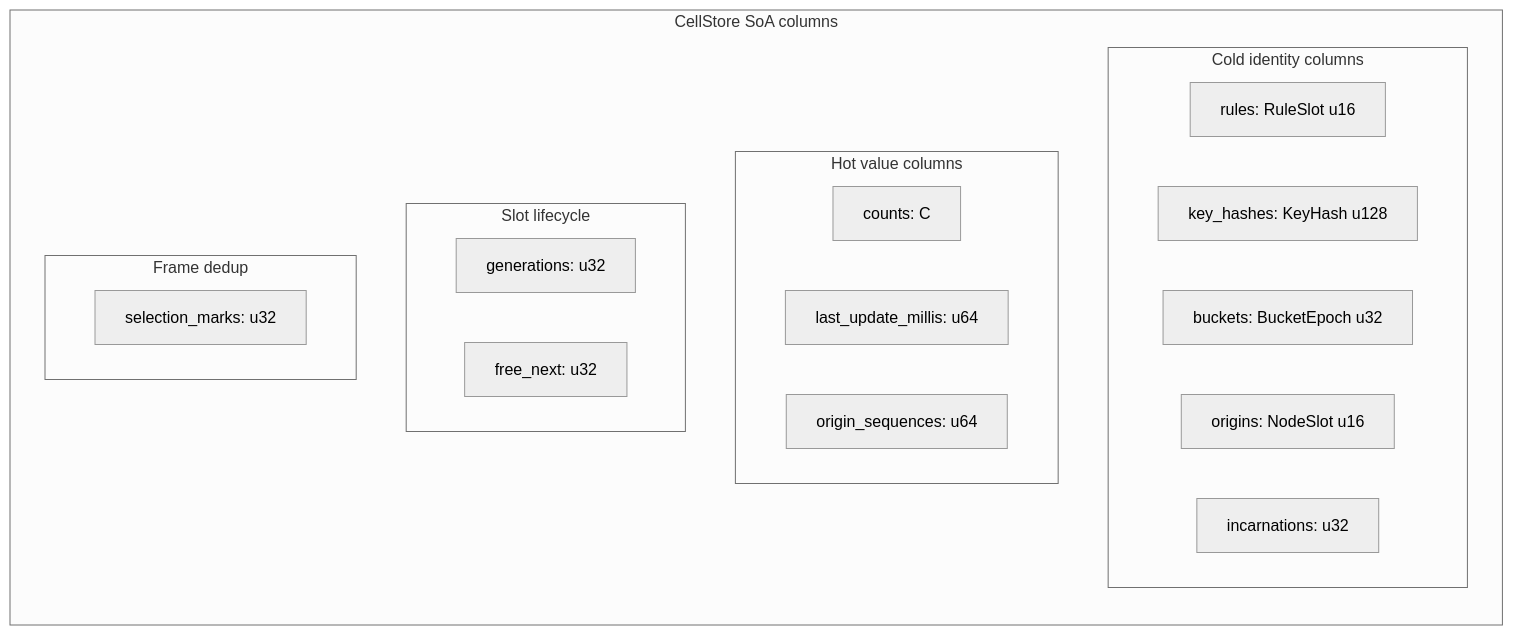
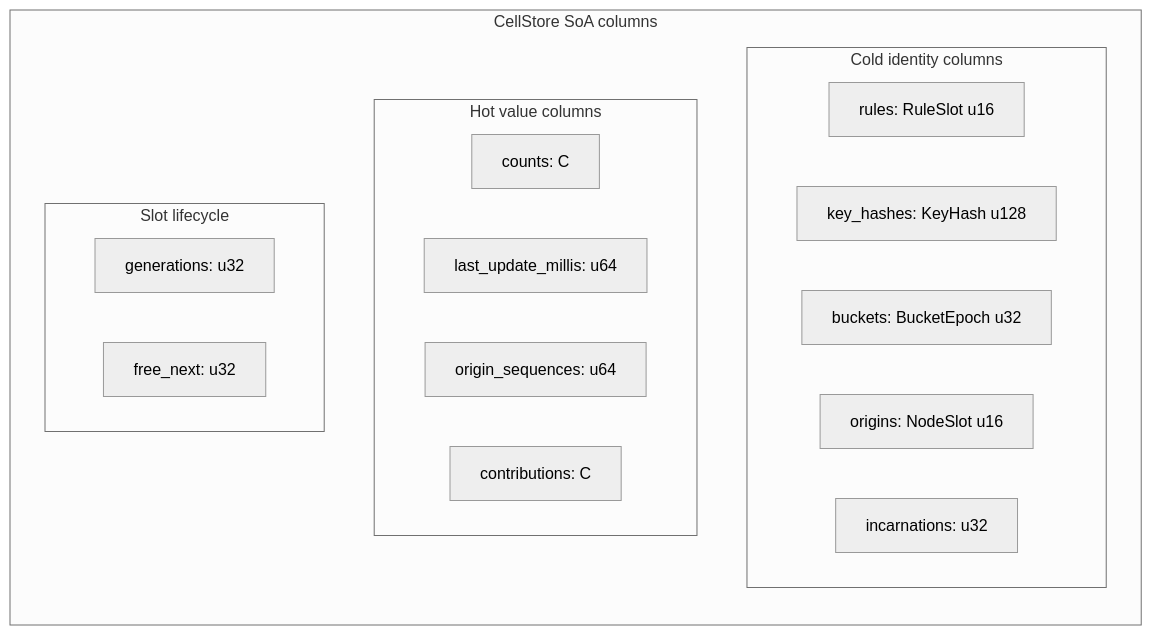
The tenth of 12 diagrams in crates/gabion/CRDT.md (prosody-events/gabion), drawn with Mermaid (neutral theme) before and after one commit. The commit also changed other lines of this file, not shown here.

````diff
--- a/crates/gabion/CRDT.md
+++ b/crates/gabion/CRDT.md
@@ -653,25 +513,23 @@
 ```mermaid
 flowchart LR
   subgraph CellStore[CellStore SoA columns]
     direction TB
     subgraph cold[Cold identity columns]
       R[rules: RuleSlot u16]
       K[key_hashes: KeyHash u128]
       B[buckets: BucketEpoch u32]
       O[origins: NodeSlot u16]
       I[incarnations: u32]
     end
     subgraph hot[Hot value columns]
       C[counts: C]
       L[last_update_millis: u64]
       Q[origin_sequences: u64]
+      S[contributions: C]
     end
     subgraph life[Slot lifecycle]
       G[generations: u32]
       F[free_next: u32]
     end
-    subgraph dedup[Frame dedup]
-      M[selection_marks: u32]
-    end
   end
 ```
````
